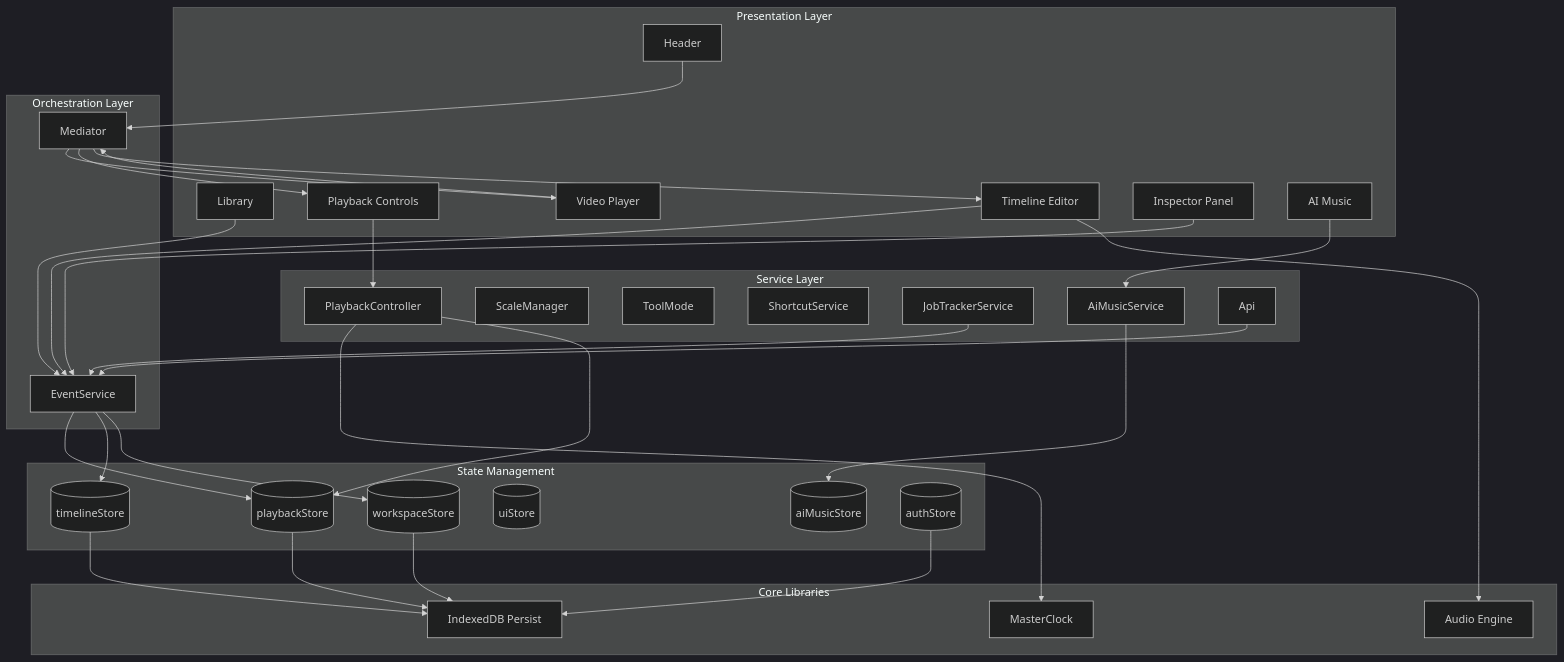
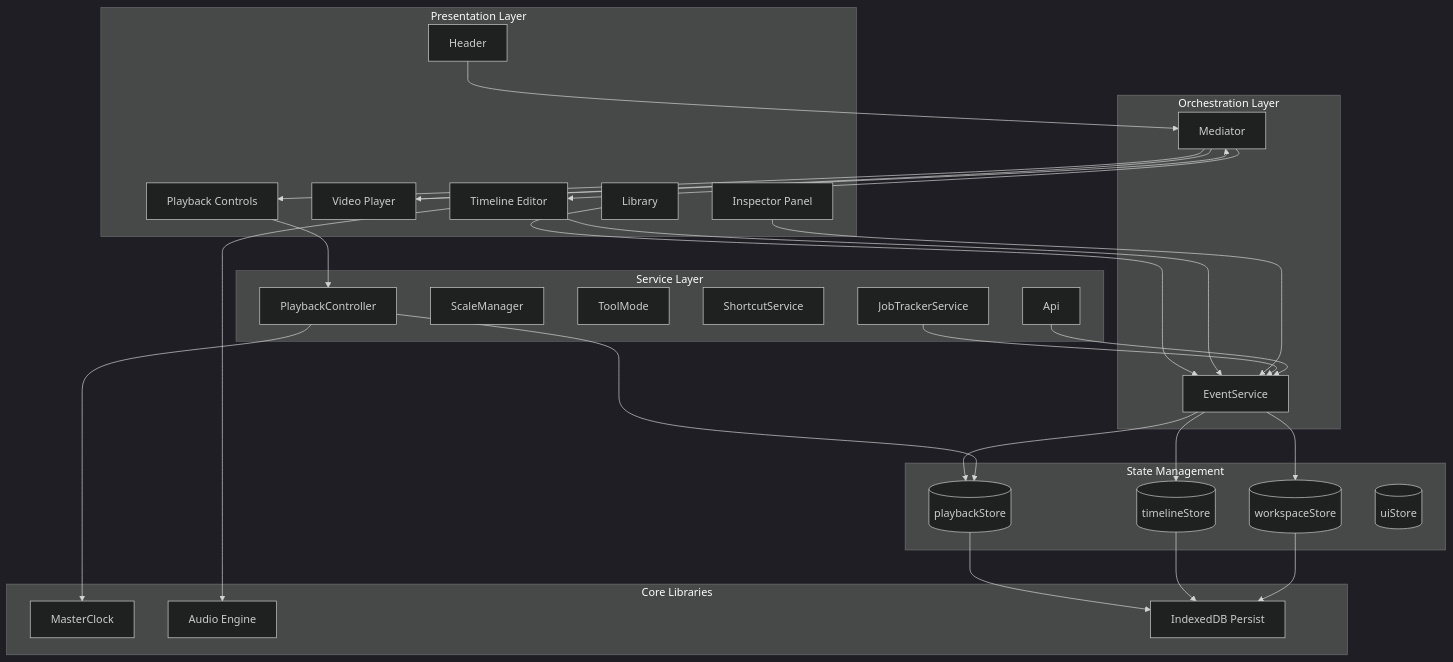
One commit to bartoval/audio_video_editor changed the first of 10 diagrams in studio/ARCHITECTURE.md. Above: the diagram before and after it, drawn with Mermaid (dark theme). The commit also changed other lines of this file and 60 other files, not shown here.

````diff
--- a/studio/ARCHITECTURE.md
+++ b/studio/ARCHITECTURE.md
@@ -11,73 +11,65 @@
 ```mermaid
 graph TB
     subgraph Presentation["Presentation Layer"]
         Header[Header]
         Library[Library]
         Video[Video Player]
         Player[Playback Controls]
         Navigator[Timeline Editor]
         Inspector[Inspector Panel]
-        AiMusic[AI Music]
     end
 
     subgraph Orchestration["Orchestration Layer"]
         Mediator[Mediator]
         EventService[EventService]
     end
 
     subgraph State["State Management"]
         playbackStore[(playbackStore)]
         timelineStore[(timelineStore)]
         workspaceStore[(workspaceStore)]
         uiStore[(uiStore)]
-        aiMusicStore[(aiMusicStore)]
-        authStore[(authStore)]
     end
 
     subgraph Services["Service Layer"]
         PlaybackController[PlaybackController]
         ScaleManager[ScaleManager]
         ToolMode[ToolMode]
         ShortcutService[ShortcutService]
         JobTracker[JobTrackerService]
-        AiMusicService[AiMusicService]
         Api[Api]
     end
 
     subgraph Core["Core Libraries"]
         MasterClock[MasterClock]
         Audio[Audio Engine]
         Persist[IndexedDB Persist]
     end
 
     Header --> Mediator
     Library --> EventService
     Video --> Mediator
     Player --> PlaybackController
     Navigator --> EventService
     Inspector --> EventService
-    AiMusic --> AiMusicService
 
     Mediator --> Video
     Mediator --> Player
     Mediator --> Navigator
 
     EventService --> playbackStore
     EventService --> timelineStore
     EventService --> workspaceStore
-
-    AiMusicService --> aiMusicStore
 
     PlaybackController --> MasterClock
     PlaybackController --> playbackStore
     Navigator --> Audio
 
     JobTracker --> EventService
 
     playbackStore --> Persist
     timelineStore --> Persist
     workspaceStore --> Persist
-    authStore --> Persist
 
     Api --> EventService
 ```
````
